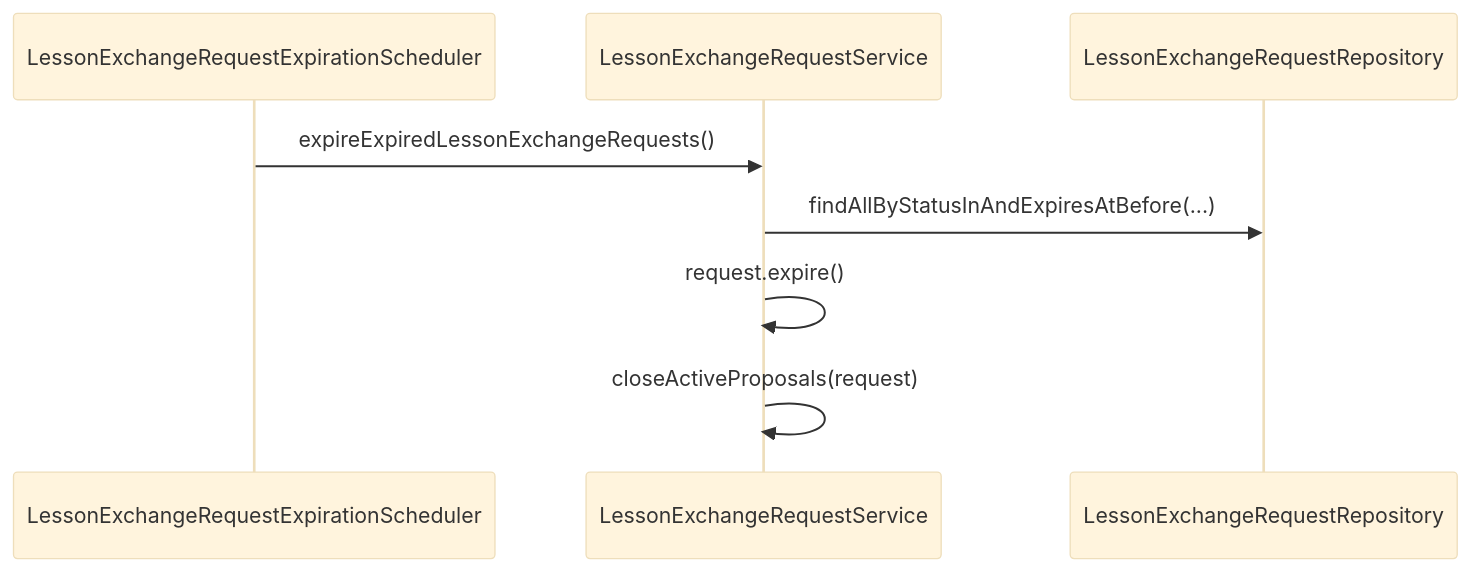
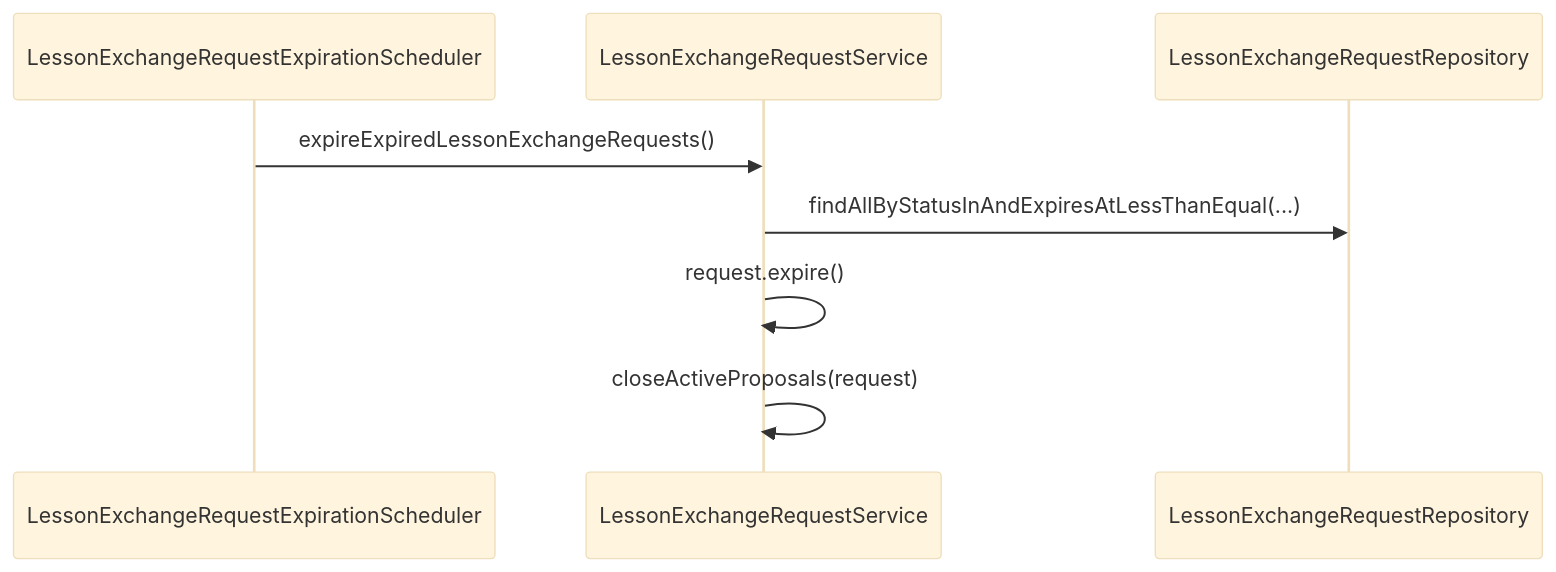
The second of 2 diagrams in docs/api/Requests.md (Geumjeongyahak/Backend), drawn with Mermaid (base theme) before and after one commit. The commit also changed other lines of this file and 18 other files, not shown here.

````diff
--- a/docs/api/Requests.md
+++ b/docs/api/Requests.md
@@ -558,11 +573,11 @@
 ```mermaid
 sequenceDiagram
     participant Scheduler as LessonExchangeRequestExpirationScheduler
     participant RequestService as LessonExchangeRequestService
     participant RequestRepo as LessonExchangeRequestRepository
 
     Scheduler->>RequestService: expireExpiredLessonExchangeRequests()
-    RequestService->>RequestRepo: findAllByStatusInAndExpiresAtBefore(...)
+    RequestService->>RequestRepo: findAllByStatusInAndExpiresAtLessThanEqual(...)
     RequestService->>RequestService: request.expire()
     RequestService->>RequestService: closeActiveProposals(request)
 ```
````
